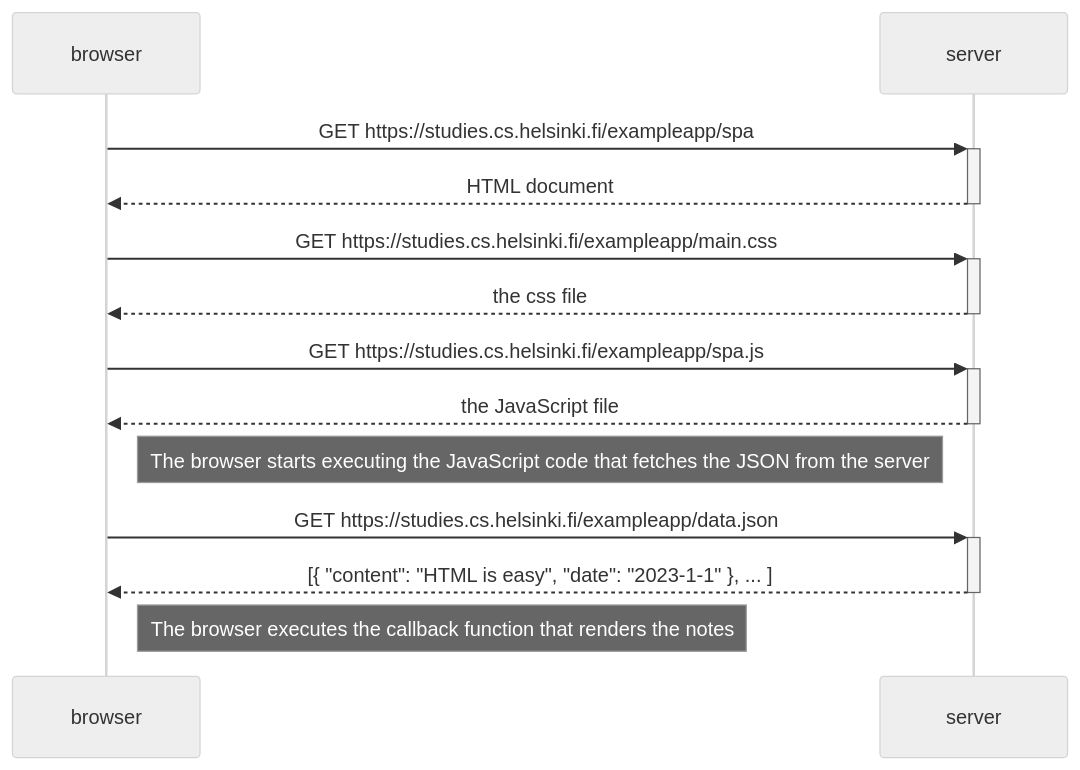
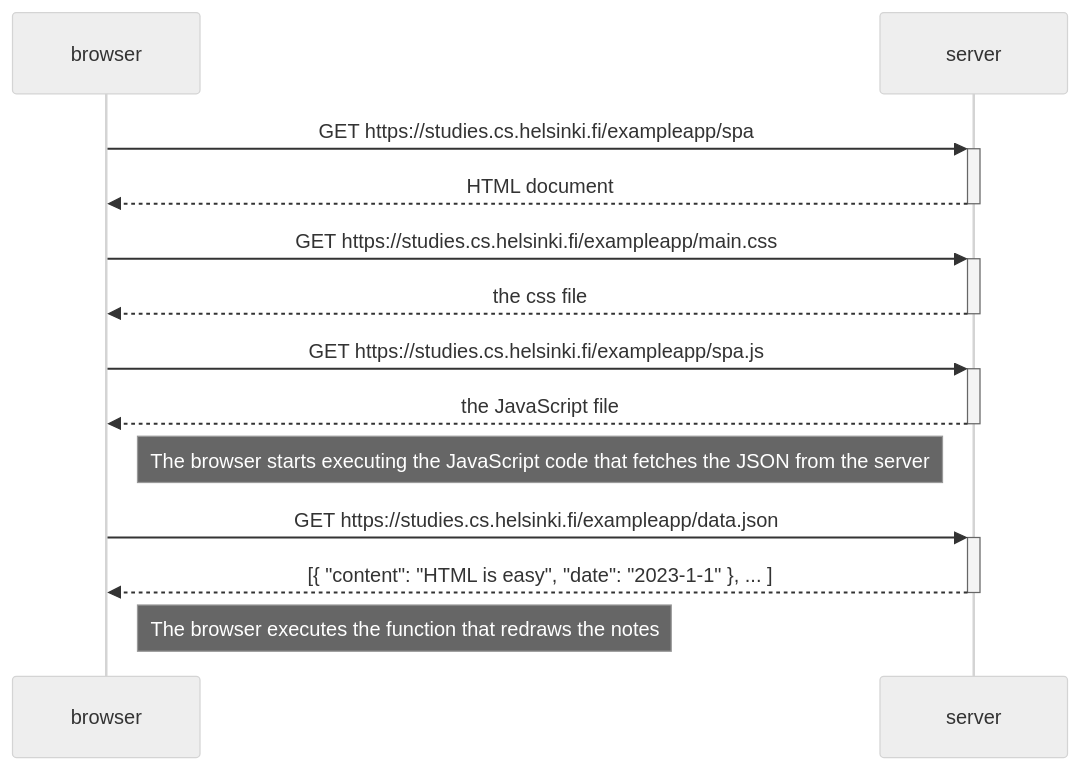
Before and after one commit to mliu-atlassian/full-stack-open: the diagram in part0/0.5_single-page-app-diagram.md, drawn with Mermaid (neutral theme). The commit also changed 1 other file, not shown here.

Commit message:
Add sequence diagram for 0.6

````diff
--- a/part0/0.5_single-page-app-diagram.md
+++ b/part0/0.5_single-page-app-diagram.md
@@ -3,24 +3,24 @@
 ```mermaid
 sequenceDiagram
     participant browser
     participant server
 
     browser->>+server: GET https://studies.cs.helsinki.fi/exampleapp/spa
     server-->>-browser: HTML document
 
 
     browser->>+server: GET https://studies.cs.helsinki.fi/exampleapp/main.css
     server-->>-browser: the css file
 
 
     browser->>+server: GET https://studies.cs.helsinki.fi/exampleapp/spa.js
     server-->>-browser: the JavaScript file
 
 
     Note right of browser: The browser starts executing the JavaScript code that fetches the JSON from the server
 
     browser->>+server: GET https://studies.cs.helsinki.fi/exampleapp/data.json
     server-->>-browser: [{ "content": "HTML is easy", "date": "2023-1-1" }, ... ]
 
-    Note right of browser: The browser executes the callback function that renders the notes
+    Note right of browser: The browser executes the function that redraws the notes
 ```
````
